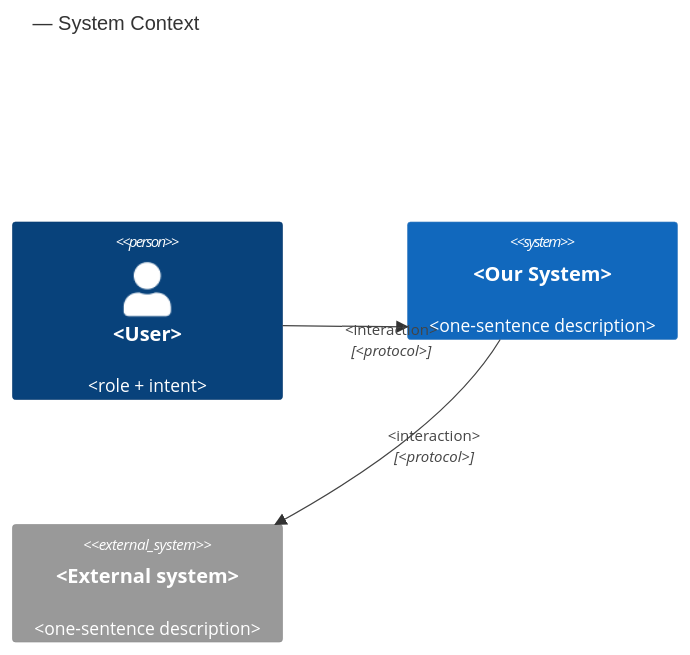
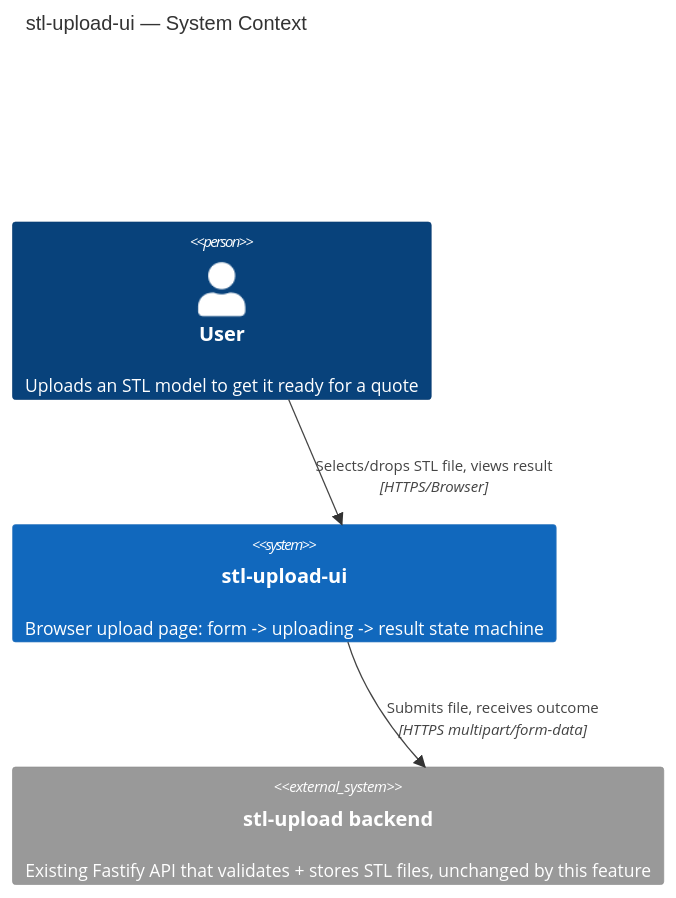
Before and after one commit to yahacom/print-marketplace: the first of 3 diagrams in docs/features/stl-upload-ui/sad.md, drawn with Mermaid. The commit also changed other lines of this file, not shown here.

Commit message:
feat(stl-upload-ui): sad §3 — context and scope, C4 Context

````diff
--- a/docs/features/stl-upload-ui/sad.md
+++ b/docs/features/stl-upload-ui/sad.md
@@ -81,11 +74,11 @@
 ```mermaid
 C4Context
-    title <system> — System Context
+    title stl-upload-ui — System Context
 
-    Person(user, "<User>", "<role + intent>")
-    System(system, "<Our System>", "<one-sentence description>")
-    System_Ext(ext, "<External system>", "<one-sentence description>")
+    Person(user, "User", "Uploads an STL model to get it ready for a quote")
+    System(system, "stl-upload-ui", "Browser upload page: form -> uploading -> result state machine")
+    System_Ext(backend, "stl-upload backend", "Existing Fastify API that validates + stores STL files, unchanged by this feature")
 
-    Rel(user, system, "<interaction>", "<protocol>")
-    Rel(system, ext, "<interaction>", "<protocol>")
+    Rel(user, system, "Selects/drops STL file, views result", "HTTPS/Browser")
+    Rel(system, backend, "Submits file, receives outcome", "HTTPS multipart/form-data")
 ```
````
